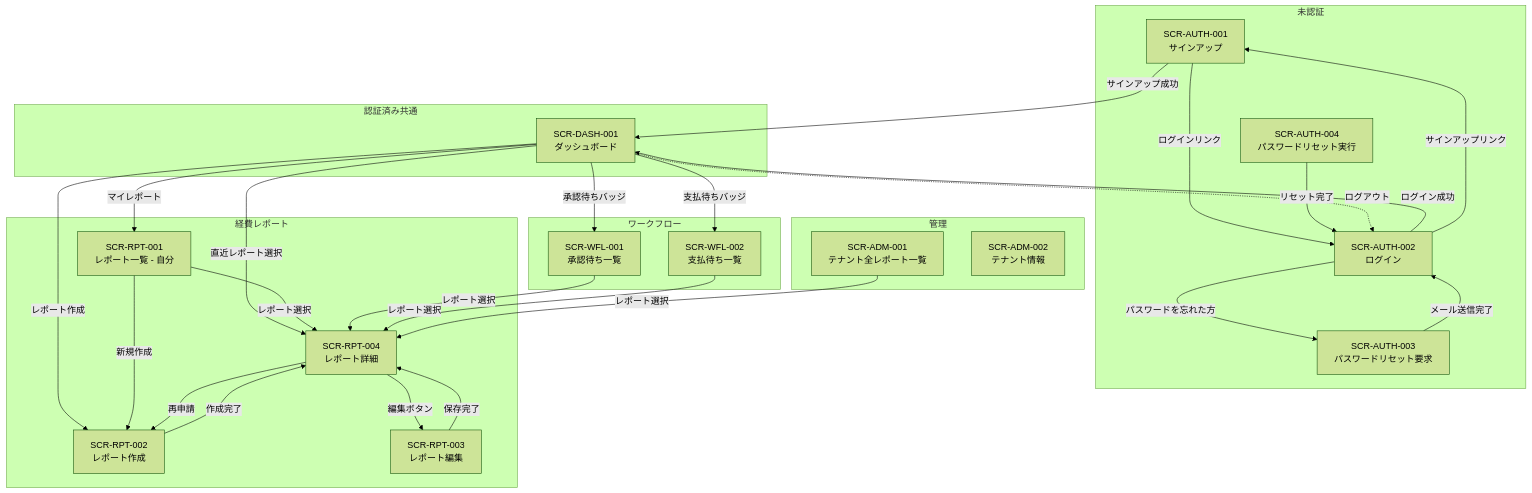
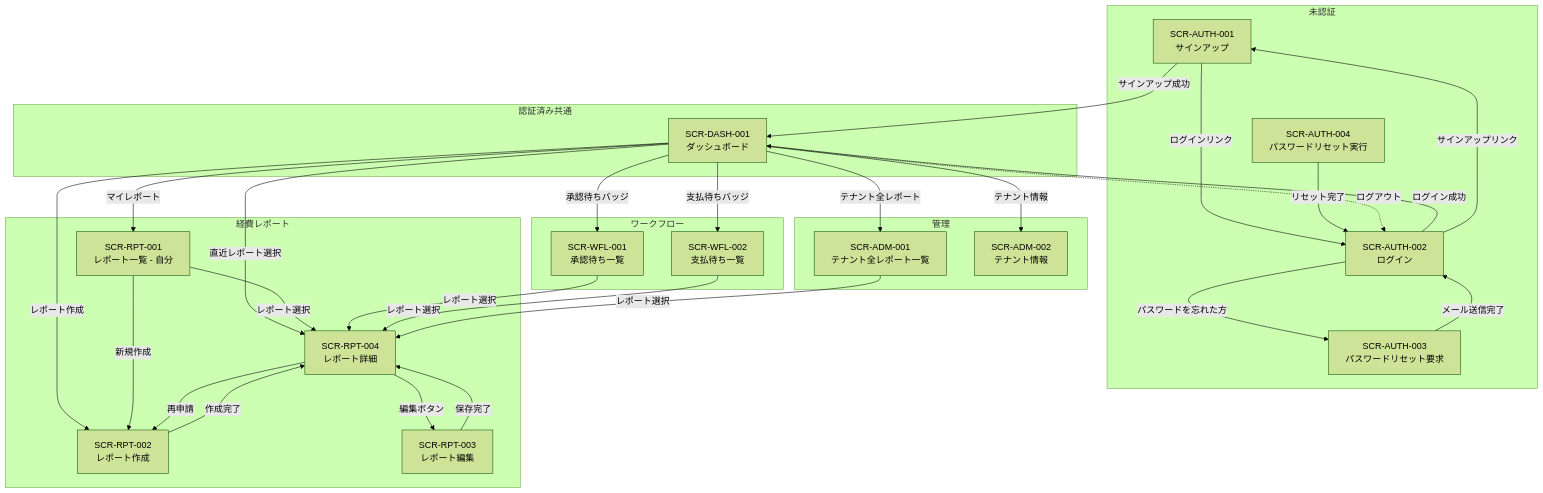
One commit to atsuro128/dev-journal changed the first of 8 diagrams in deliverables/docs/40_basic_design/ui_flow.md. Above: the diagram before and after it, drawn with Mermaid (forest theme). The commit also changed 3 other files, not shown here.

````diff
--- a/deliverables/docs/40_basic_design/ui_flow.md
+++ b/deliverables/docs/40_basic_design/ui_flow.md
@@ -21,64 +21,66 @@
 ```mermaid
 graph TD
     subgraph 未認証
         AUTH001[SCR-AUTH-001<br/>サインアップ]
         AUTH002[SCR-AUTH-002<br/>ログイン]
         AUTH003[SCR-AUTH-003<br/>パスワードリセット要求]
         AUTH004[SCR-AUTH-004<br/>パスワードリセット実行]
     end
 
     subgraph 認証済み共通
         DASH001[SCR-DASH-001<br/>ダッシュボード]
     end
 
     subgraph 経費レポート
         RPT001[SCR-RPT-001<br/>レポート一覧 - 自分]
         RPT002[SCR-RPT-002<br/>レポート作成]
         RPT003[SCR-RPT-003<br/>レポート編集]
         RPT004[SCR-RPT-004<br/>レポート詳細]
     end
 
     subgraph ワークフロー
         WFL001[SCR-WFL-001<br/>承認待ち一覧]
         WFL002[SCR-WFL-002<br/>支払待ち一覧]
     end
 
     subgraph 管理
         ADM001[SCR-ADM-001<br/>テナント全レポート一覧]
         ADM002[SCR-ADM-002<br/>テナント情報]
     end
 
     %% 未認証フロー
     AUTH001 -->|サインアップ成功| DASH001
     AUTH001 -->|ログインリンク| AUTH002
     AUTH002 -->|ログイン成功| DASH001
     AUTH002 -->|サインアップリンク| AUTH001
     AUTH002 -->|パスワードを忘れた方| AUTH003
     AUTH003 -->|メール送信完了| AUTH002
     AUTH004 -->|リセット完了| AUTH002
 
     %% ダッシュボードからの遷移
     DASH001 -->|マイレポート| RPT001
     DASH001 -->|レポート作成| RPT002
     DASH001 -->|承認待ちバッジ| WFL001
     DASH001 -->|支払待ちバッジ| WFL002
     DASH001 -->|直近レポート選択| RPT004
+    DASH001 -->|テナント全レポート| ADM001
+    DASH001 -->|テナント情報| ADM002
 
     %% レポート系の遷移
     RPT001 -->|レポート選択| RPT004
     RPT001 -->|新規作成| RPT002
     RPT002 -->|作成完了| RPT004
     RPT003 -->|保存完了| RPT004
     RPT004 -->|編集ボタン| RPT003
     RPT004 -->|再申請| RPT002
 
     %% ワークフロー系の遷移
     WFL001 -->|レポート選択| RPT004
     WFL002 -->|レポート選択| RPT004
 
     %% 管理系の遷移
     ADM001 -->|レポート選択| RPT004
 
     %% ログアウト（全認証済み画面から）
     DASH001 -.->|ログアウト| AUTH002
 ```
````
